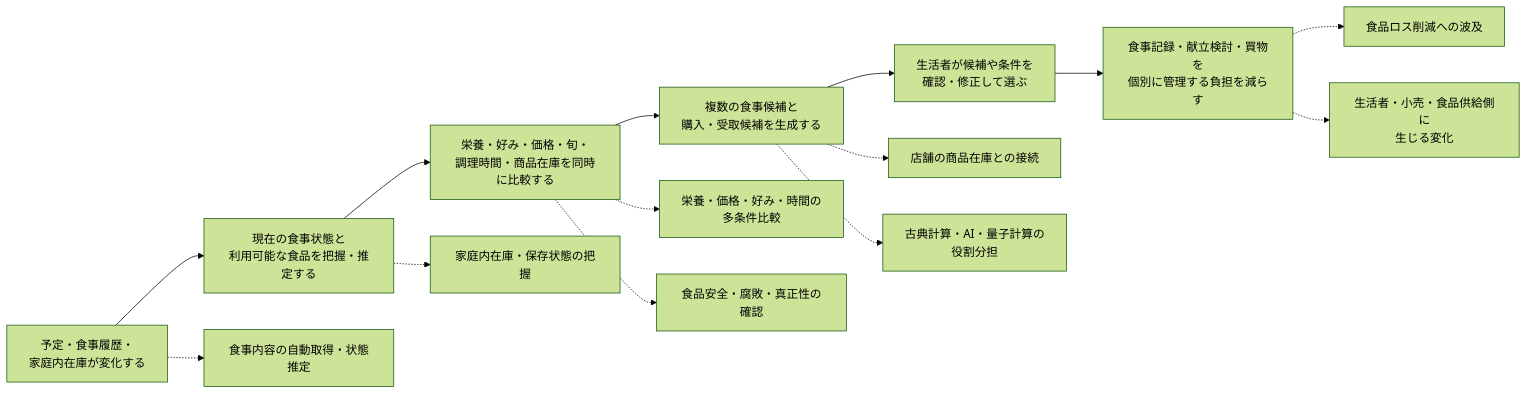
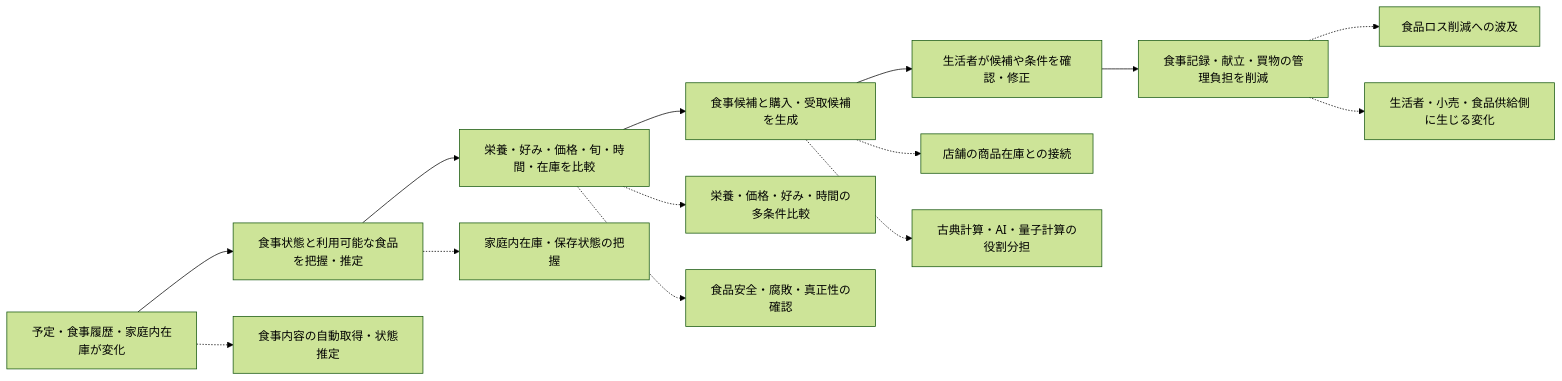
Before and after one commit to tkm-sano/everyday-futures-to-quantum-use-cases: the second of 3 diagrams in docs/m1-01-to-m1-07-background-ideas-story-trunks-mermaid-ja.md, drawn with Mermaid (forest theme). The commit also changed other lines of this file and 3 other files, not shown here.

````diff
--- a/docs/m1-01-to-m1-07-background-ideas-story-trunks-mermaid-ja.md
+++ b/docs/m1-01-to-m1-07-background-ideas-story-trunks-mermaid-ja.md
@@ -282,29 +282,29 @@
 ```mermaid
 flowchart LR
-    C1["予定・食事履歴・<br/>家庭内在庫が変化する"]
-    C2["現在の食事状態と<br/>利用可能な食品を把握・推定する"]
-    C3["栄養・好み・価格・旬・<br/>調理時間・商品在庫を同時に比較する"]
-    C4["複数の食事候補と<br/>購入・受取候補を生成する"]
-    C5["生活者が候補や条件を<br/>確認・修正して選ぶ"]
-    C6["食事記録・献立検討・買物を<br/>個別に管理する負担を減らす"]
+    C1["予定・食事履歴・家庭内在庫が変化"]
+    C2["食事状態と利用可能な食品を把握・推定"]
+    C3["栄養・好み・価格・旬・時間・在庫を比較"]
+    C4["食事候補と購入・受取候補を生成"]
+    C5["生活者が候補や条件を確認・修正"]
+    C6["食事記録・献立・買物の管理負担を削減"]
 
     C1 --> C2 --> C3 --> C4 --> C5 --> C6
 
     D1["食事内容の自動取得・状態推定"]
     D2["家庭内在庫・保存状態の把握"]
-    D3["栄養・価格・好み・時間の<br/>多条件比較"]
+    D3["栄養・価格・好み・時間の多条件比較"]
     D4["店舗の商品在庫との接続"]
     D5["食品安全・腐敗・真正性の確認"]
     D6["食品ロス削減への波及"]
-    D7["古典計算・AI・量子計算の<br/>役割分担"]
-    D8["生活者・小売・食品供給側に<br/>生じる変化"]
+    D7["古典計算・AI・量子計算の役割分担"]
+    D8["生活者・小売・食品供給側に生じる変化"]
 
     C1 -.-> D1
     C2 -.-> D2
     C3 -.-> D3
     C4 -.-> D4
     C3 -.-> D5
     C6 -.-> D6
     C4 -.-> D7
     C6 -.-> D8
 ```
````
